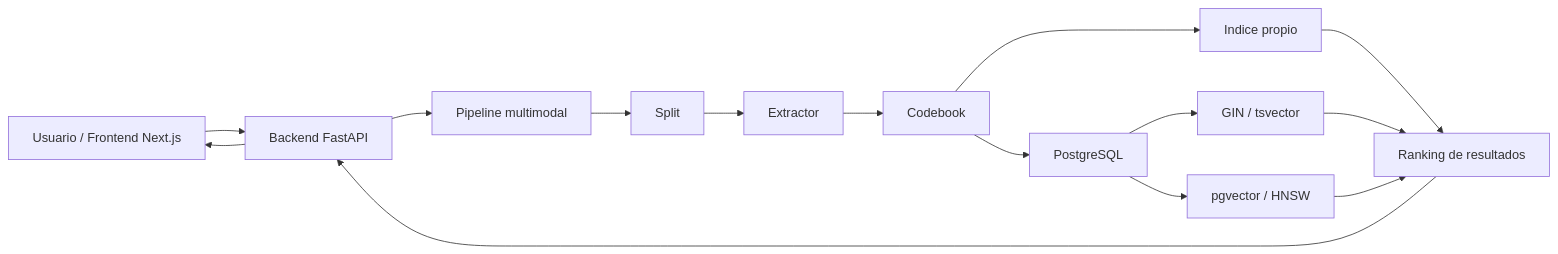
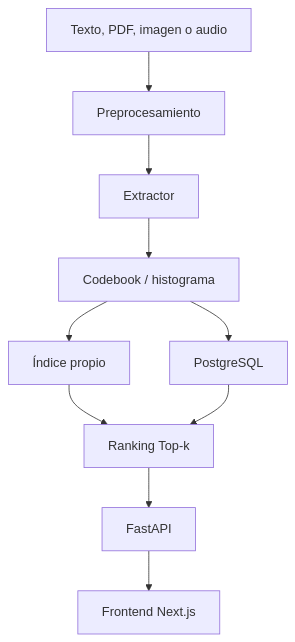
Before and after one commit to sofkp/bd2-proyecto2: the diagram in README.md, drawn with Mermaid. The commit also changed other lines of this file and 2 other files, not shown here.

````diff
--- a/README.md
+++ b/README.md
@@ -31,17 +70,12 @@
 ```mermaid
-flowchart LR
-    U["Usuario / Frontend Next.js"] --> API["Backend FastAPI"]
-    API --> P["Pipeline multimodal"]
-    P --> S["Split"]
-    S --> E["Extractor"]
-    E --> C["Codebook"]
-    C --> I["Indice propio"]
-    C --> DB["PostgreSQL"]
-    DB --> GIN["GIN / tsvector"]
-    DB --> PGV["pgvector / HNSW"]
-    I --> R["Ranking de resultados"]
-    GIN --> R
-    PGV --> R
-    R --> API
-    API --> U
+flowchart TB
+    A["Texto, PDF, imagen o audio"] --> B["Preprocesamiento"]
+    B --> C["Extractor"]
+    C --> D["Codebook / histograma"]
+    D --> E1["Índice propio"]
+    D --> E2["PostgreSQL"]
+    E1 --> F["Ranking Top-k"]
+    E2 --> F
+    F --> G["FastAPI"]
+    G --> H["Frontend Next.js"]
 ```
````
